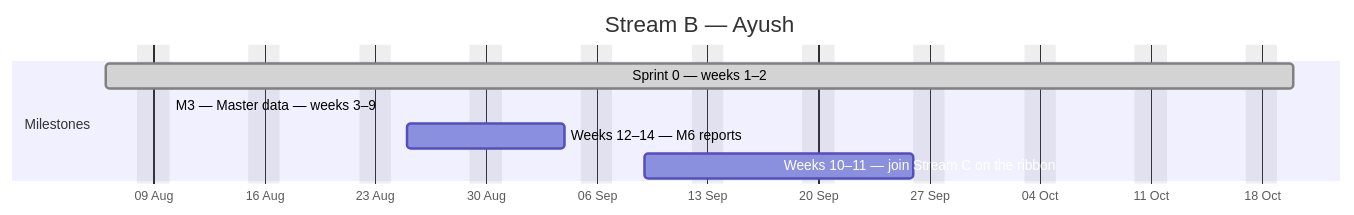
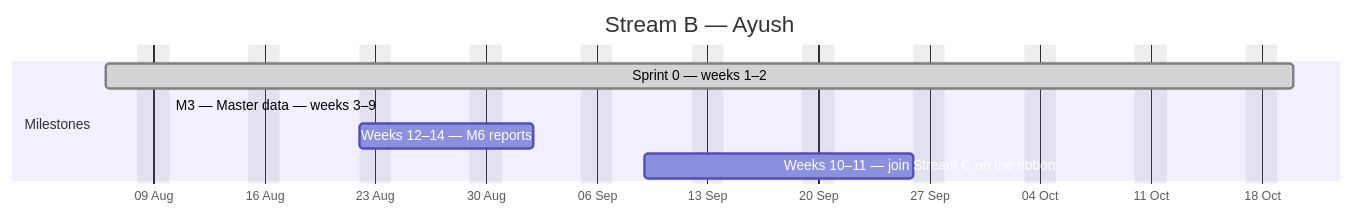
One commit to debashisedunext/EduTrack changed the second of 4 diagrams in docs/plan/GANTT.md. Above: the diagram before and after it, drawn with Mermaid. The commit also changed other lines of this file and 3 other files, not shown here.

````diff
--- a/docs/plan/GANTT.md
+++ b/docs/plan/GANTT.md
@@ -121,12 +121,12 @@
 ```mermaid
 gantt
     dateFormat YYYY-MM-DD
     axisFormat %d %b
     title Stream B — Ayush
     excludes weekends
     section Milestones
     Sprint 0 — weeks 1–2 :done, b0, 2026-08-06, 53d
     M3 — Master data — weeks 3–9 :active, b1, 2026-08-10, -20d
-    Weeks 12–14 — M6 reports :b2, 2026-08-25, 8d
+    Weeks 12–14 — M6 reports :b2, 2026-08-22, 8d
     Weeks 10–11 — join Stream C on the ribbon :b3, 2026-09-09, 13d
 ```
````
